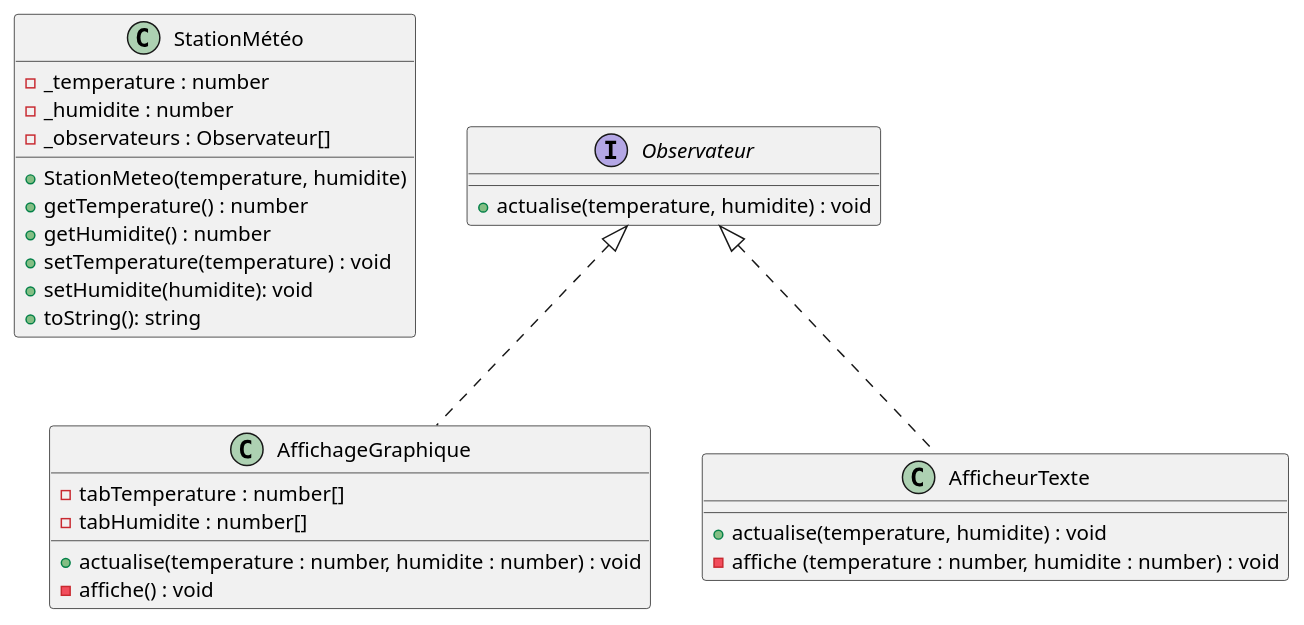
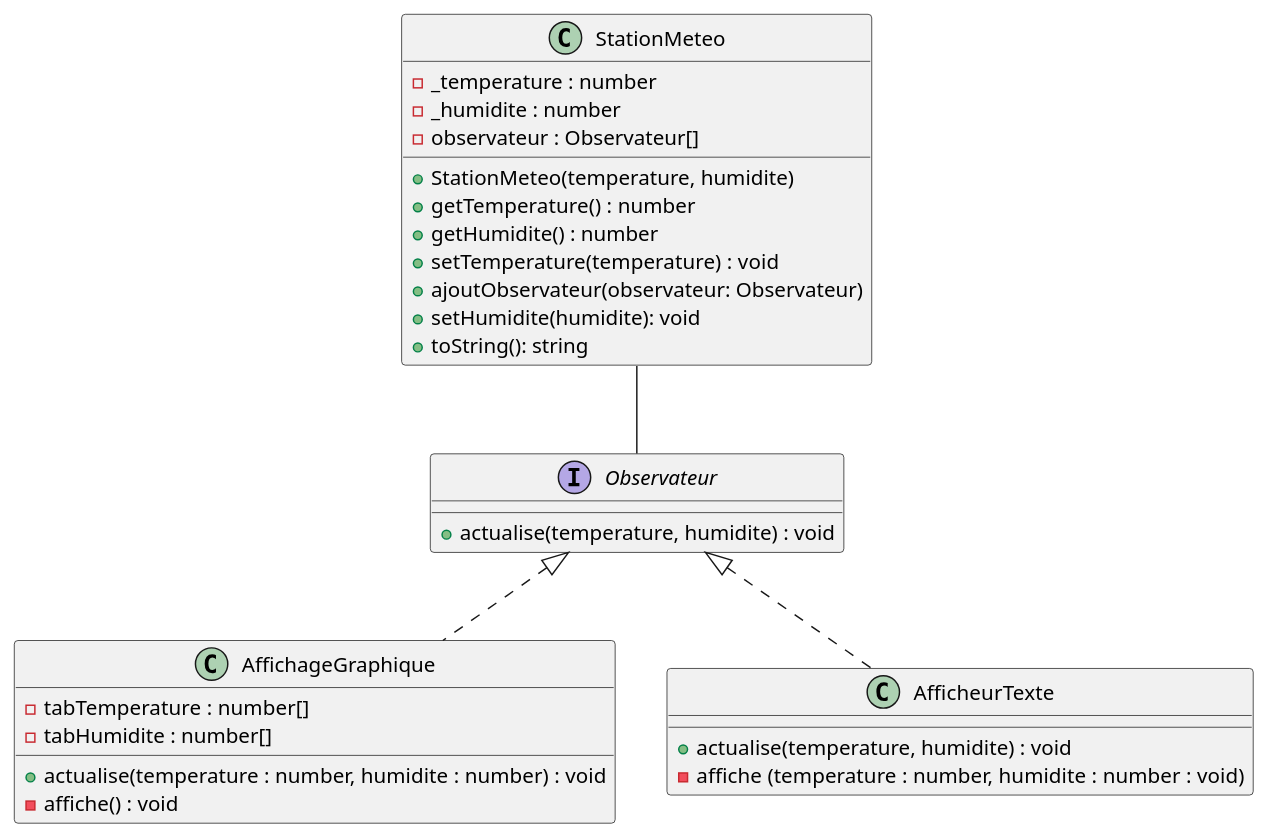
One commit to Between27/typescript changed the diagram in station-meteo/uml.plantuml. Above: the diagram before and after it, drawn with PlantUML. The commit also changed 5 other files, not shown here.

```diff
--- a/station-meteo/uml.plantuml
+++ b/station-meteo/uml.plantuml
@@ -1,32 +1,36 @@
 @startuml meteo
 
 
-class StationMétéo {
+class StationMeteo  {
     - _temperature : number
     - _humidite : number
-    - _observateurs : Observateur[]
+    - observateur : Observateur[]
 
     + StationMeteo(temperature, humidite)
     + getTemperature() : number
     + getHumidite() : number
     + setTemperature(temperature) : void
+    + ajoutObservateur(observateur: Observateur)
     + setHumidite(humidite): void
     + toString(): string
 }
+
+StationMeteo -- Observateur
 
 interface Observateur{
     + actualise(temperature, humidite) : void
 }
 
 class AffichageGraphique implements Observateur{
     - tabTemperature : number[]
     - tabHumidite : number[]
     + actualise(temperature : number, humidite : number) : void
     - affiche() : void 
 }
 
+
 class AfficheurTexte implements Observateur{
     + actualise(temperature, humidite) : void
-    - affiche (temperature : number, humidite : number) : void
+    - affiche (temperature : number, humidite : number : void)
 }
 @enduml
```
